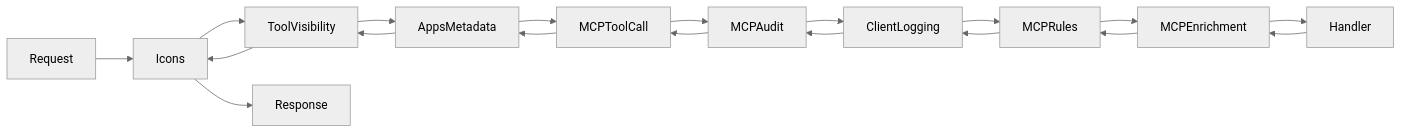
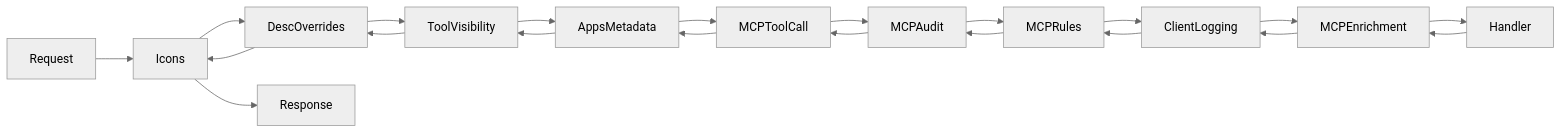
The diagram in docs/reference/middleware.md (txn2/mcp-data-platform), drawn with Mermaid (neutral theme) before and after one commit. The commit also changed other lines of this file and 5 other files, not shown here.

````diff
--- a/docs/reference/middleware.md
+++ b/docs/reference/middleware.md
@@ -7,21 +7,23 @@
 ```mermaid
 graph LR
     Request --> Icons
-    Icons --> ToolVisibility
+    Icons --> DescOverrides
+    DescOverrides --> ToolVisibility
     ToolVisibility --> AppsMetadata
     AppsMetadata --> MCPToolCall
     MCPToolCall --> MCPAudit
-    MCPAudit --> ClientLogging
-    ClientLogging --> MCPRules
-    MCPRules --> MCPEnrichment
+    MCPAudit --> MCPRules
+    MCPRules --> ClientLogging
+    ClientLogging --> MCPEnrichment
     MCPEnrichment --> Handler
     Handler --> MCPEnrichment
-    MCPEnrichment --> MCPRules
-    MCPRules --> ClientLogging
-    ClientLogging --> MCPAudit
+    MCPEnrichment --> ClientLogging
+    ClientLogging --> MCPRules
+    MCPRules --> MCPAudit
     MCPAudit --> MCPToolCall
     MCPToolCall --> AppsMetadata
     AppsMetadata --> ToolVisibility
-    ToolVisibility --> Icons
+    ToolVisibility --> DescOverrides
+    DescOverrides --> Icons
     Icons --> Response
 ```
````
